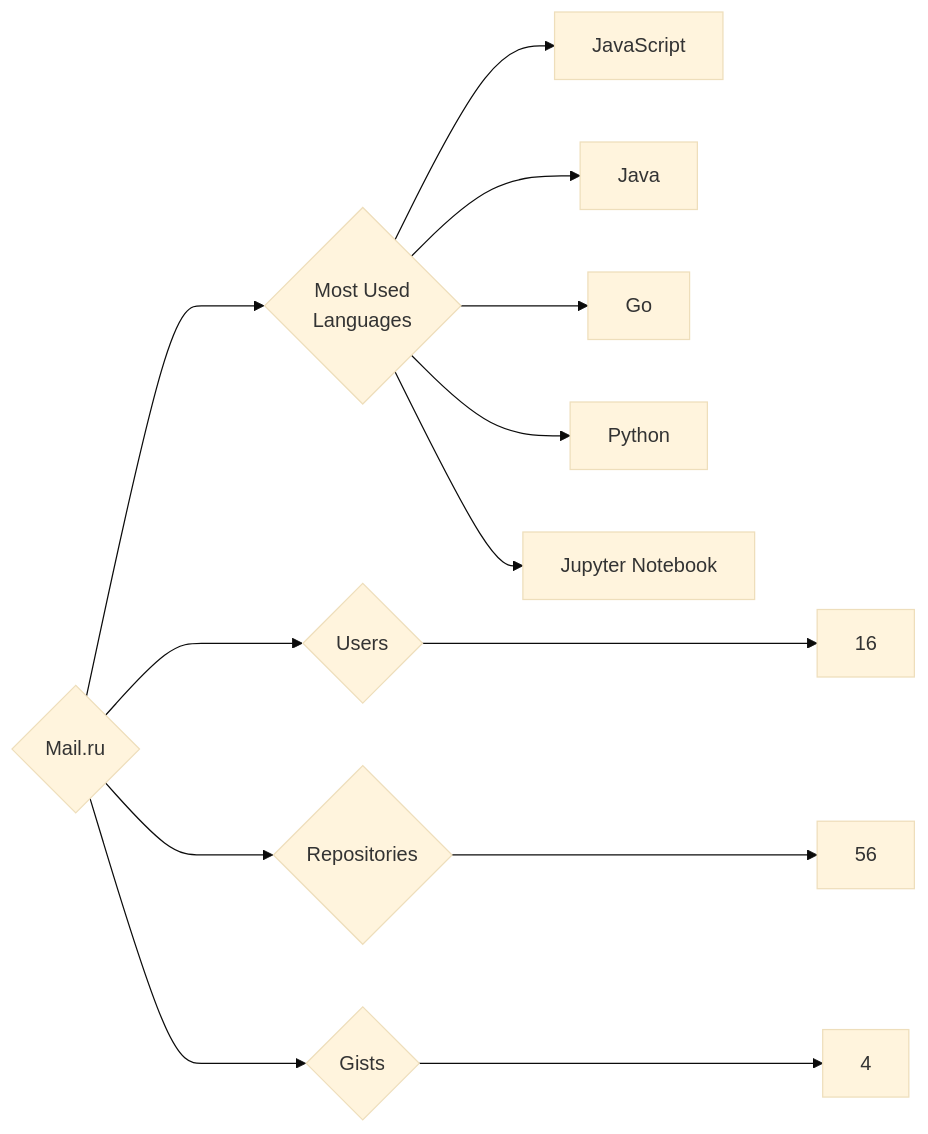
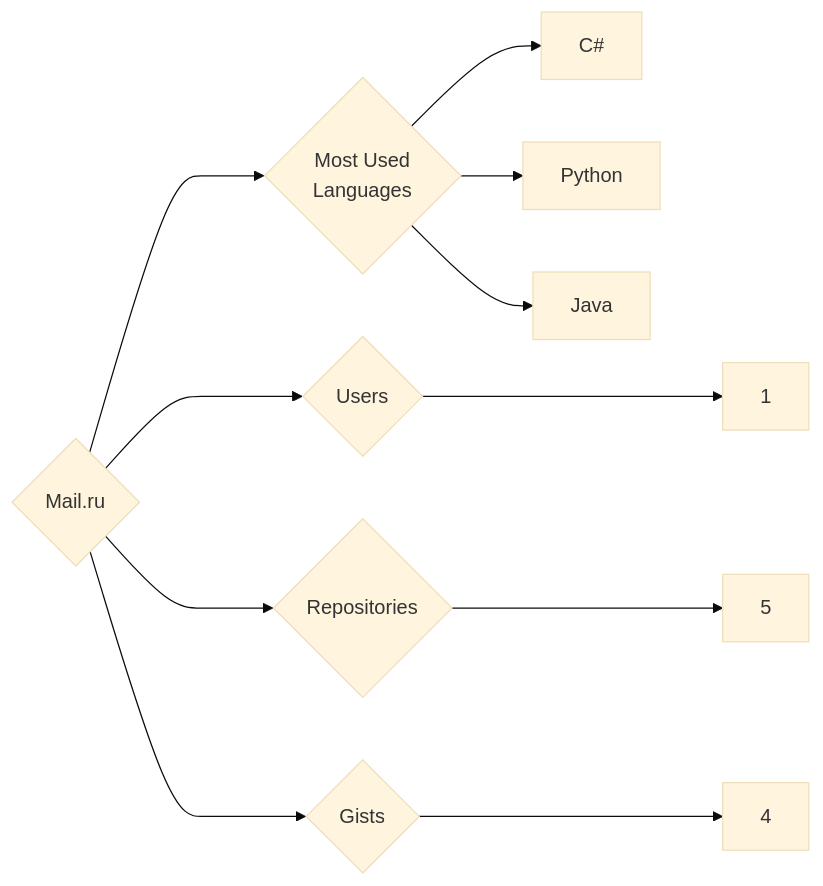
The diagram in targets/Mail.ru/README.md (trickest/insiders), drawn with Mermaid (base theme) before and after one commit. The commit also changed 845 other files, not shown here.

````diff
--- a/targets/Mail.ru/README.md
+++ b/targets/Mail.ru/README.md
@@ -3,13 +3,11 @@
 ```mermaid
 graph LR
 COMPANY_NAME{Mail.ru}
-COMPANY_NAME ---> U{Users} ---> UN[16]
-COMPANY_NAME ---> R{Repositories} ---> RN[56]
+COMPANY_NAME ---> U{Users} ---> UN[1]
+COMPANY_NAME ---> R{Repositories} ---> RN[5]
 COMPANY_NAME ---> G{Gists} ---> GN[4]
 COMPANY_NAME ---> ML{Most Used<br>Languages}
-ML --> JavaScript[JavaScript]
+ML --> C#[C#]
+ML --> Python[Python]
 ML --> Java[Java]
-ML --> Go[Go]
-ML --> Python[Python]
-ML --> Jupyter_Notebook[Jupyter Notebook]
 ```
````
